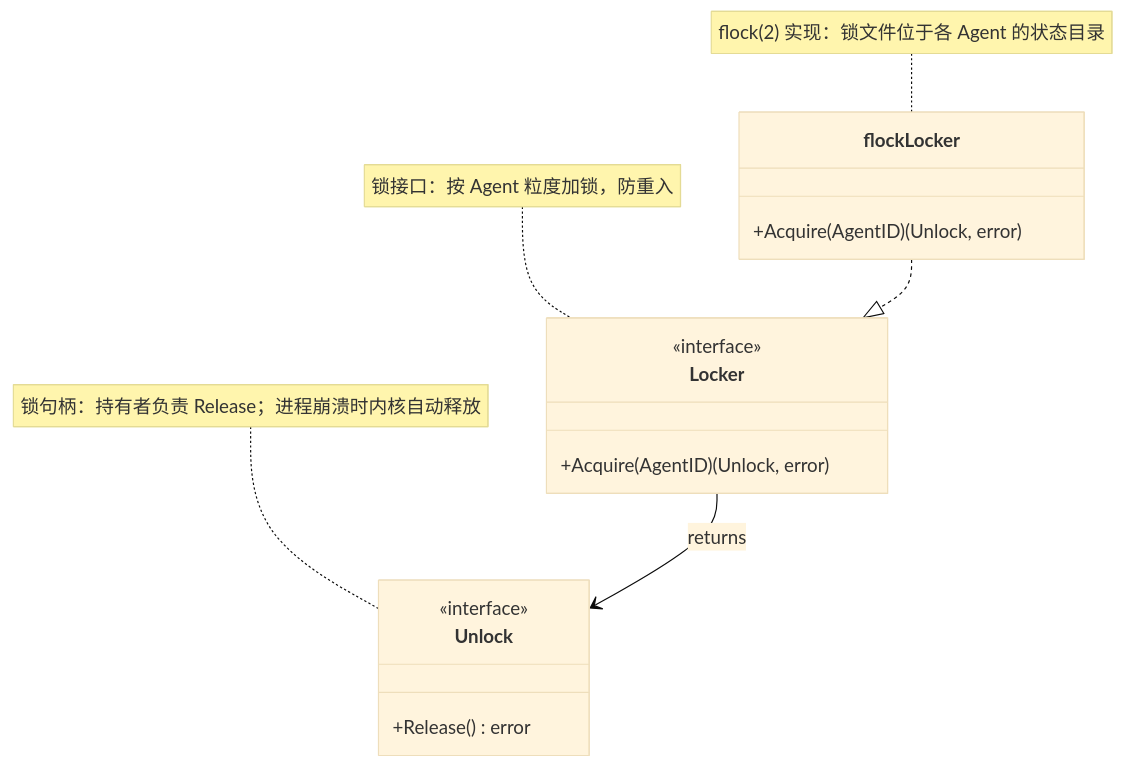
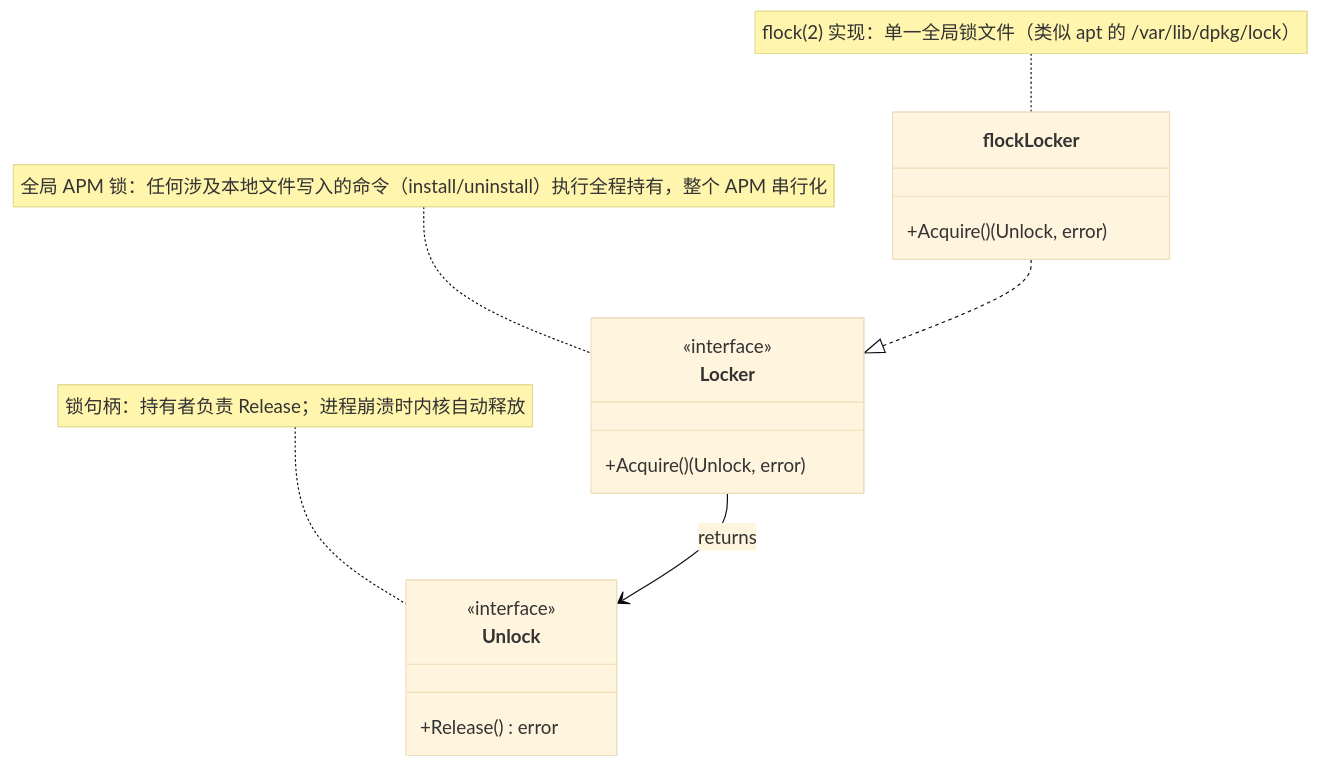
Before and after one commit to spacemit-com/agent-power-manager: the diagram in ivory-tower/c4/components/apm-cli-diagrams/lock-manager.mmd, drawn with Mermaid (base theme). The commit also changed 2 other files, not shown here.

Commit message:
fix: use global lock during install/uninstall

```diff
--- a/ivory-tower/c4/components/apm-cli-diagrams/lock-manager.mmd
+++ b/ivory-tower/c4/components/apm-cli-diagrams/lock-manager.mmd
@@ -1,20 +1,20 @@
 classDiagram
-    note for Locker "锁接口：按 Agent 粒度加锁，防重入"
+    note for Locker "全局 APM 锁：任何涉及本地文件写入的命令（install/uninstall）执行全程持有，整个 APM 串行化"
     class Locker {
         <<interface>>
-        +Acquire(AgentID) (Unlock, error)
+        +Acquire() (Unlock, error)
     }
 
     note for Unlock "锁句柄：持有者负责 Release；进程崩溃时内核自动释放"
     class Unlock {
         <<interface>>
         +Release() error
     }
 
-    note for flockLocker "flock(2) 实现：锁文件位于各 Agent 的状态目录"
+    note for flockLocker "flock(2) 实现：单一全局锁文件（类似 apt 的 /var/lib/dpkg/lock）"
     class flockLocker {
-        +Acquire(AgentID) (Unlock, error)
+        +Acquire() (Unlock, error)
     }
 
     flockLocker ..|> Locker
     Locker --> Unlock : returns
```
